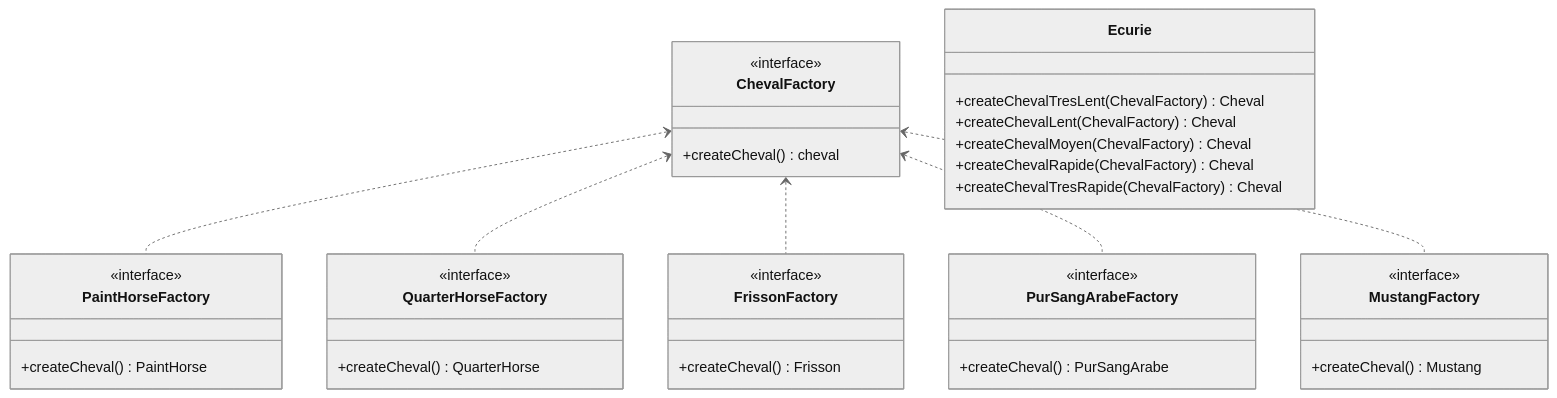
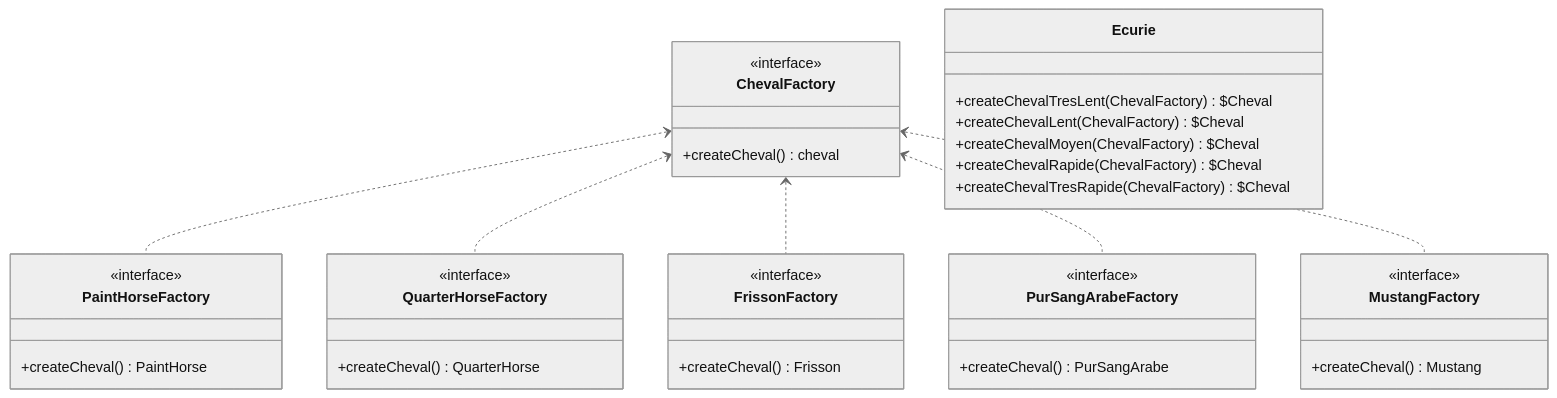
Before and after one commit to GROSS-Jeremy-2124027/horseRacing: the second of 3 diagrams in README.md, drawn with Mermaid (neutral theme). The commit also changed other lines of this file, not shown here.

````diff
--- a/README.md
+++ b/README.md
@@ -102,41 +102,41 @@
 ```mermaid
 classDiagram
      class ChevalFactory {
         <<interface>>
         +createCheval() cheval
     }
     class PaintHorseFactory {
         <<interface>>
         +createCheval() PaintHorse
     }
     class QuarterHorseFactory{
         <<interface>>
         +createCheval() QuarterHorse
     }
     class PurSangArabeFactory {
         <<interface>>
         +createCheval() PurSangArabe
     }
     class FrissonFactory {
         <<interface>>
         +createCheval() Frisson
     }
     
    class MustangFactory {
         <<interface>>
         +createCheval() Mustang
     }
     
    class Ecurie {
-        +createChevalTresLent(ChevalFactory) Cheval
-        +createChevalLent(ChevalFactory) Cheval
-        +createChevalMoyen(ChevalFactory) Cheval
-        +createChevalRapide(ChevalFactory) Cheval
-        +createChevalTresRapide(ChevalFactory) Cheval
+        +createChevalTresLent(ChevalFactory) $Cheval
+        +createChevalLent(ChevalFactory) $Cheval
+        +createChevalMoyen(ChevalFactory) $Cheval
+        +createChevalRapide(ChevalFactory) $Cheval
+        +createChevalTresRapide(ChevalFactory) $Cheval
     }
     ChevalFactory <.. PaintHorseFactory
     ChevalFactory <.. QuarterHorseFactory
     ChevalFactory <.. FrissonFactory
     ChevalFactory <.. PurSangArabeFactory
     ChevalFactory <.. MustangFactory
 ```
````
